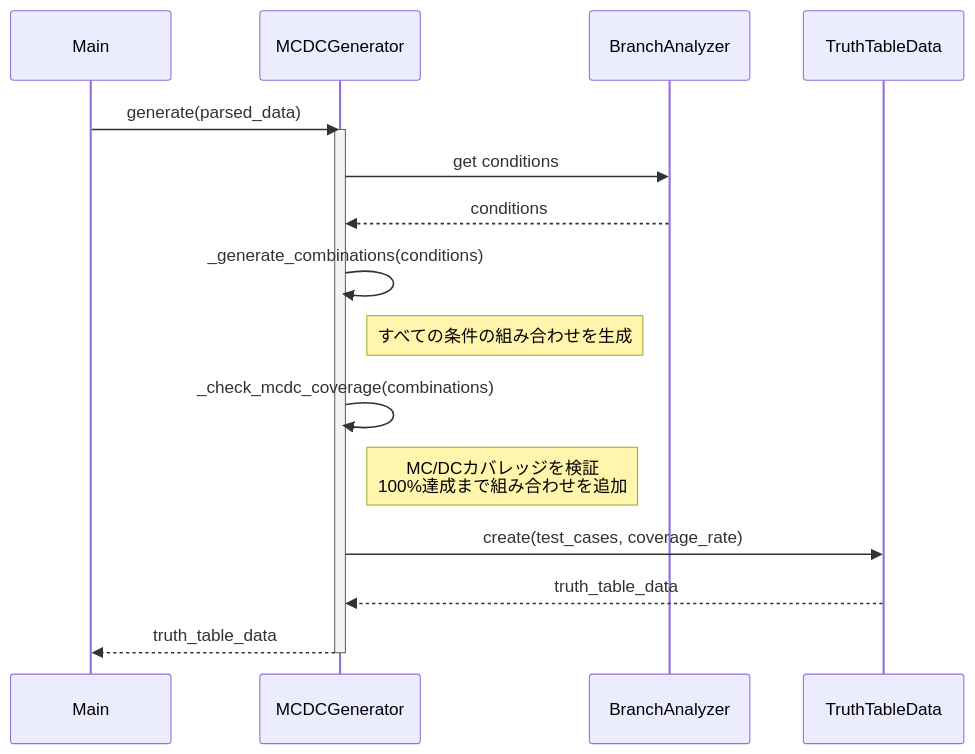
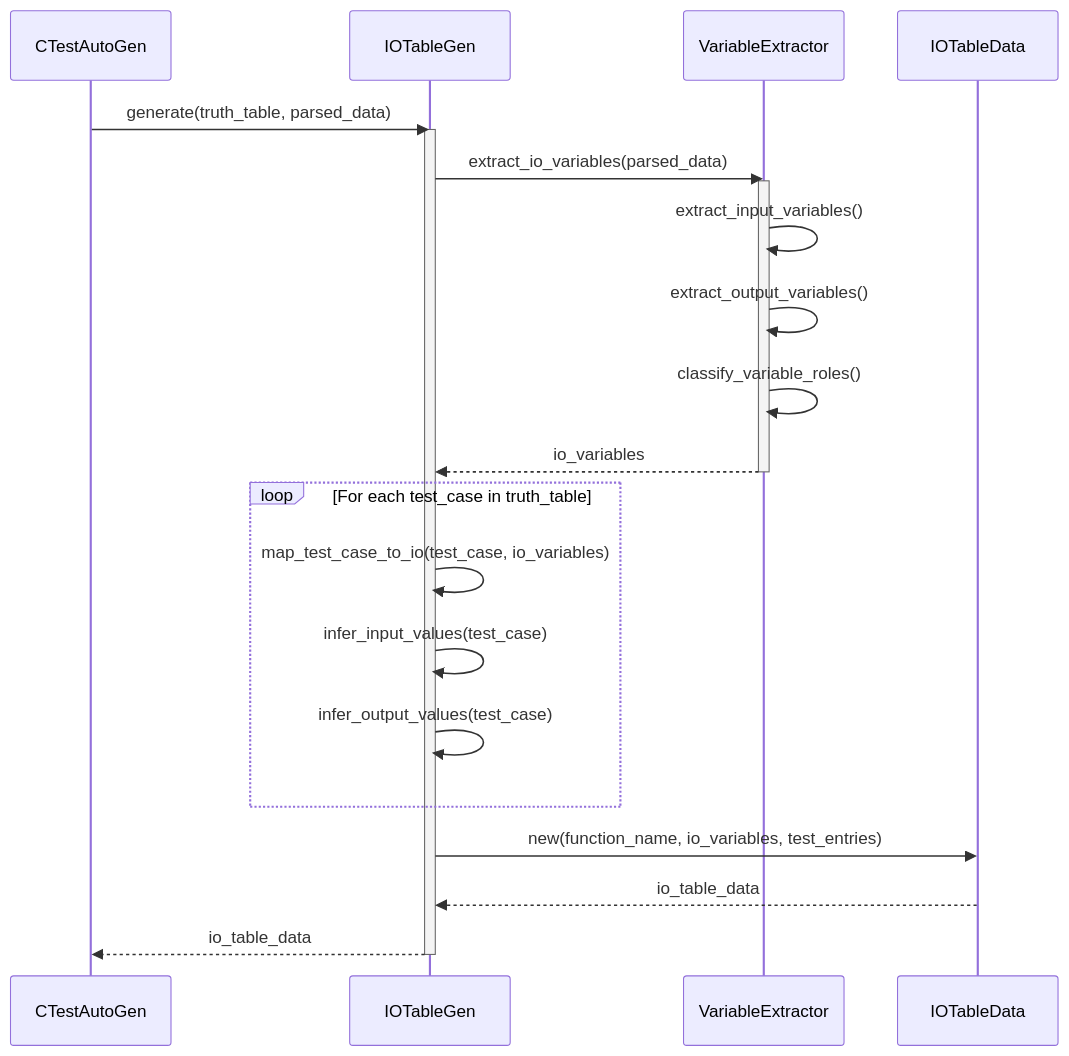
The seventh of 11 diagrams in doc/design_sequence_diagram.md (ryu5791/AutoUniTestGen), drawn with Mermaid before and after one commit. The commit also changed other lines of this file and 6 other files, not shown here.

````diff
--- a/doc/design_sequence_diagram.md
+++ b/doc/design_sequence_diagram.md
@@ -276,25 +369,32 @@
 ```mermaid
 sequenceDiagram
-    participant Main
-    participant MCDCGenerator
-    participant BranchAnalyzer
-    participant TruthTableData
+    participant CTestAutoGen
+    participant IOTableGen
+    participant VariableExtractor
+    participant IOTableData
     
-    Main->>MCDCGenerator: generate(parsed_data)
-    activate MCDCGenerator
+    CTestAutoGen->>IOTableGen: generate(truth_table, parsed_data)
+    activate IOTableGen
     
-    MCDCGenerator->>BranchAnalyzer: get conditions
-    BranchAnalyzer-->>MCDCGenerator: conditions
+    IOTableGen->>VariableExtractor: extract_io_variables(parsed_data)
+    activate VariableExtractor
     
-    MCDCGenerator->>MCDCGenerator: _generate_combinations(conditions)
-    Note right of MCDCGenerator: すべての条件の組み合わせを生成
+    VariableExtractor->>VariableExtractor: extract_input_variables()
+    VariableExtractor->>VariableExtractor: extract_output_variables()
+    VariableExtractor->>VariableExtractor: classify_variable_roles()
     
-    MCDCGenerator->>MCDCGenerator: _check_mcdc_coverage(combinations)
-    Note right of MCDCGenerator: MC/DCカバレッジを検証<br/>100%達成まで組み合わせを追加
+    VariableExtractor-->>IOTableGen: io_variables
+    deactivate VariableExtractor
     
-    MCDCGenerator->>TruthTableData: create(test_cases, coverage_rate)
-    TruthTableData-->>MCDCGenerator: truth_table_data
+    loop For each test_case in truth_table
+        IOTableGen->>IOTableGen: map_test_case_to_io(test_case, io_variables)
+        IOTableGen->>IOTableGen: infer_input_values(test_case)
+        IOTableGen->>IOTableGen: infer_output_values(test_case)
+    end
     
-    MCDCGenerator-->>Main: truth_table_data
-    deactivate MCDCGenerator
+    IOTableGen->>IOTableData: new(function_name, io_variables, test_entries)
+    IOTableData-->>IOTableGen: io_table_data
+    
+    IOTableGen-->>CTestAutoGen: io_table_data
+    deactivate IOTableGen
 ```
````
